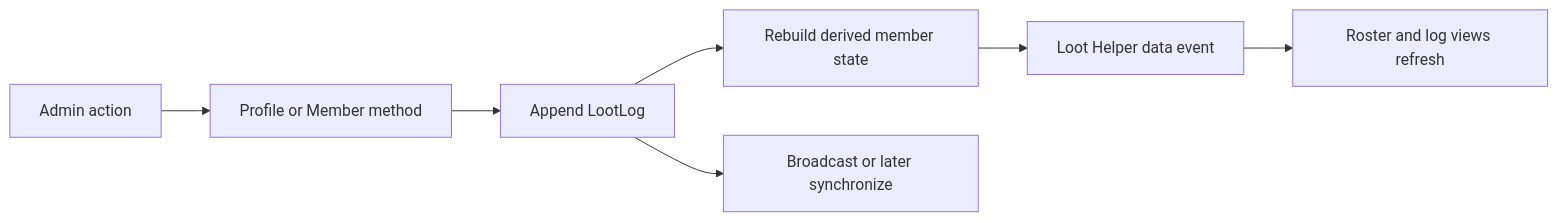
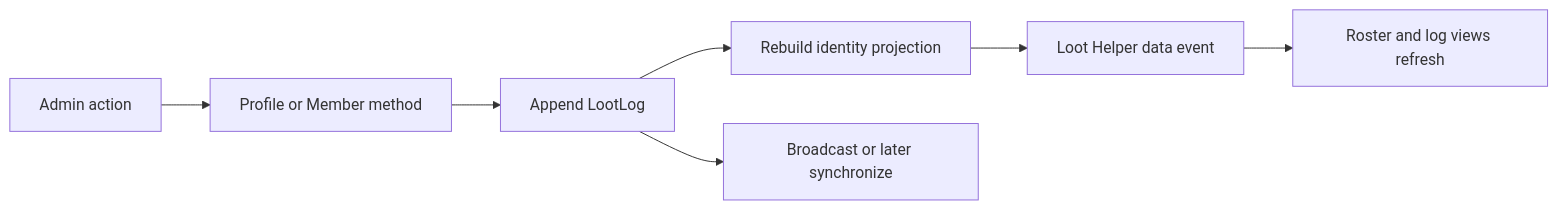
Before and after one commit to OsulivanAB/SpectrumFederation: the first of 2 diagrams in docs/development/architecture.md, drawn with Mermaid. The commit also changed other lines of this file and 38 other files, not shown here.

````diff
--- a/docs/development/architecture.md
+++ b/docs/development/architecture.md
@@ -52,9 +52,9 @@
 ```mermaid
 flowchart LR
     UI[Admin action] --> Model[Profile or Member method]
     Model --> Log[Append LootLog]
-    Log --> Replay[Rebuild derived member state]
+    Log --> Replay[Rebuild identity projection]
     Log --> Sync[Broadcast or later synchronize]
     Replay --> Events[Loot Helper data event]
     Events --> View[Roster and log views refresh]
 ```
````
